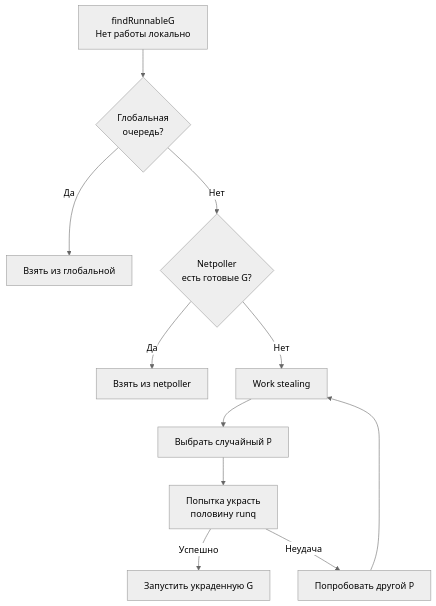
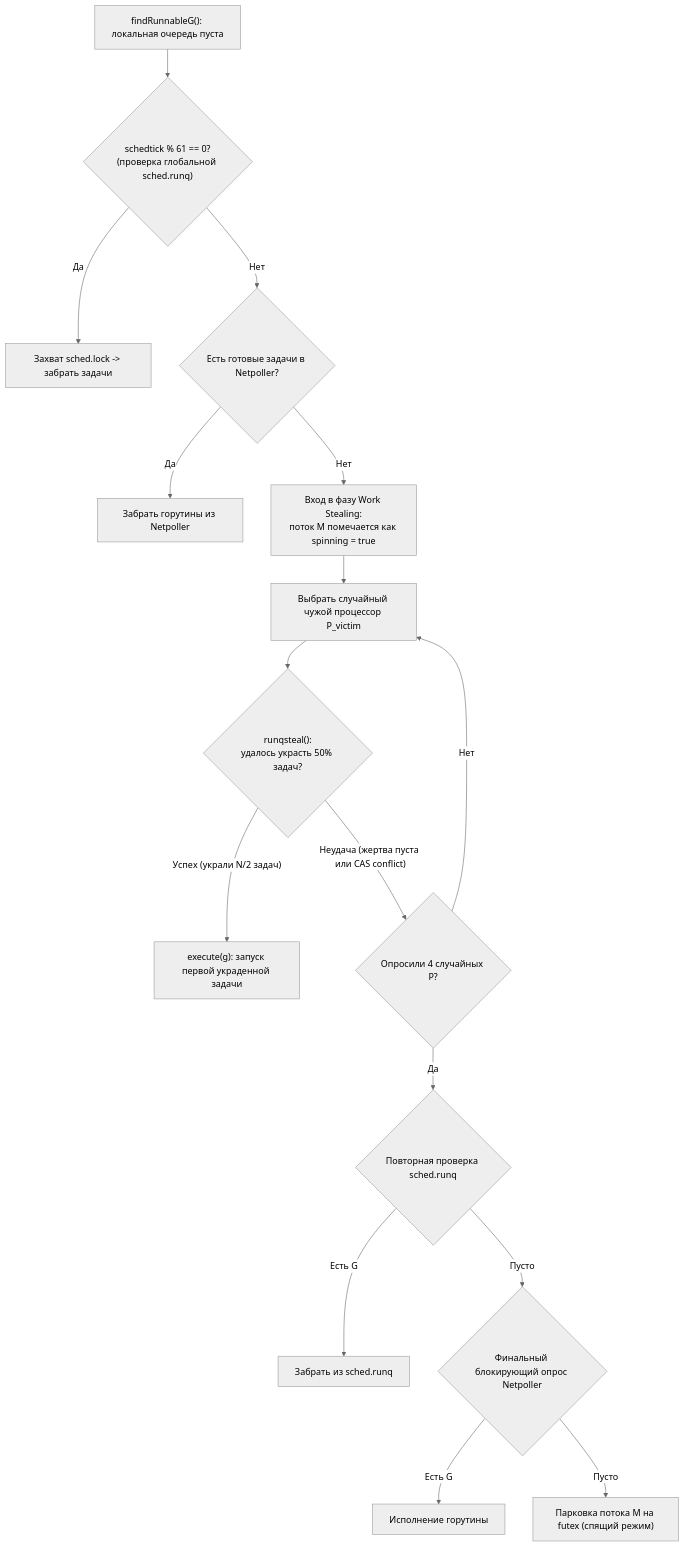
One commit to UnrealTemplier/go-textbook changed the second of 3 diagrams in sources/16. Профилирование, отладка и производительность/06. Конкурентность/3. Work stealing.md. Above: the diagram before and after it, drawn with Mermaid (neutral theme). The commit also changed other lines of this file, not shown here.

Commit message:
feat(module-16): editorial rewrite of lecture 3 (Work stealing) in Subsection 06 in Kernighan style

````diff
--- a/sources/16. Профилирование, отладка и производительность/06. Конкурентность/3. Work stealing.md
+++ b/sources/16. Профилирование, отладка и производительность/06. Конкурентность/3. Work stealing.md
@@ -56,13 +65,23 @@
 ```mermaid
 flowchart TD
-    Start["findRunnableG<br>Нет работы локально"] --> Global{"Глобальная<br>очередь?"}
-    Global -- "Да" --> TakeGlobal["Взять из глобальной"]
-    Global -- "Нет" --> Netpoll{"Netpoller<br>есть готовые G?"}
-    Netpoll -- "Да" --> TakeNet["Взять из netpoller"]
-    Netpoll -- "Нет" --> Steal["Work stealing"]
-    Steal --> Random["Выбрать случайный P"]
-    Random --> TrySteal["Попытка украсть<br>половину runq"]
-    TrySteal -->|"Успешно"| Execute["Запустить украденную G"]
-    TrySteal -->|"Неудача"| NextP["Попробовать другой P"]
-    NextP --> Steal
+    Start["findRunnableG(): локальная очередь пуста"] --> CheckGlobal{"schedtick % 61 == 0?<br/>(проверка глобальной sched.runq)"}
+    CheckGlobal -- Да --> GetGlobal["Захват sched.lock -> забрать задачи"]
+    CheckGlobal -- Нет --> CheckNetpoll1{"Есть готовые задачи в Netpoller?"}
+    
+    CheckNetpoll1 -- Да --> TakeNet1["Забрать горутины из Netpoller"]
+    CheckNetpoll1 -- Нет --> StealLoop["Вход в фазу Work Stealing:<br/>поток M помечается как spinning = true"]
+    
+    StealLoop --> PickVictim["Выбрать случайный чужой процессор P_victim"]
+    PickVictim --> ExecSteal{"runqsteal():<br/>удалось украсть 50% задач?"}
+    
+    ExecSteal -- "Успех (украли N/2 задач)" --> Done["execute(g): запуск первой украденной задачи"]
+    ExecSteal -- "Неудача (жертва пуста или CAS conflict)" --> NextVictim{"Опросили 4 случайных P?"}
+    
+    NextVictim -- Нет --> PickVictim
+    NextVictim -- Да --> CheckGlobalFinal{"Повторная проверка sched.runq"}
+    
+    CheckGlobalFinal -- Есть G --> TakeGlobalFinal["Забрать из sched.runq"]
+    CheckGlobalFinal -- Пусто --> FinalNetpoll{"Финальный блокирующий опрос Netpoller"}
+    FinalNetpoll -- Есть G --> RunNet["Исполнение горутины"]
+    FinalNetpoll -- Пусто --> SleepM["Парковка потока M на futex (спящий режим)"]
 ```
````
